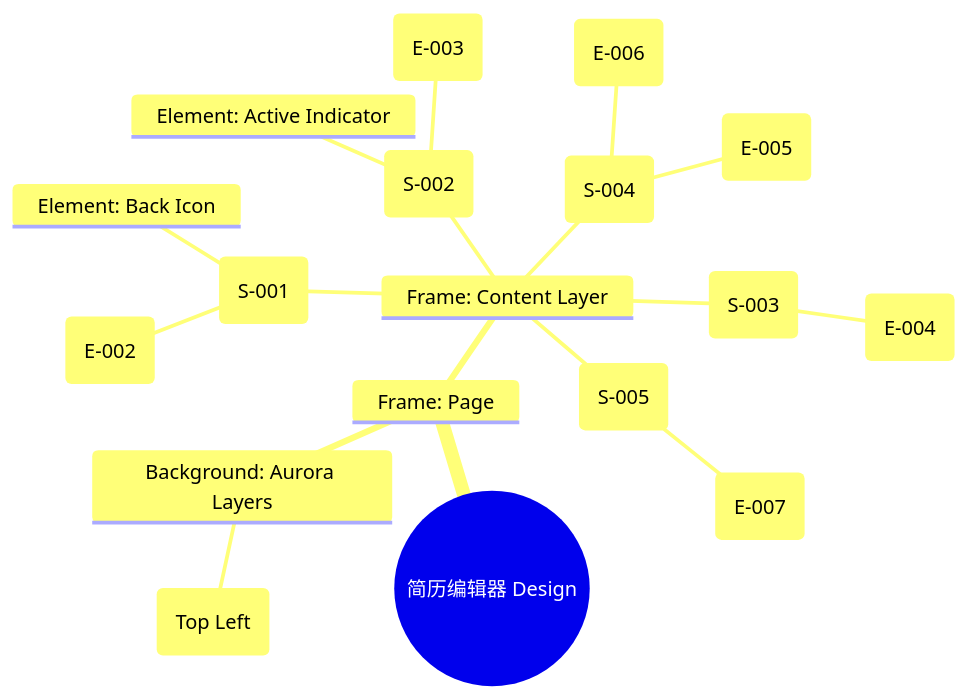
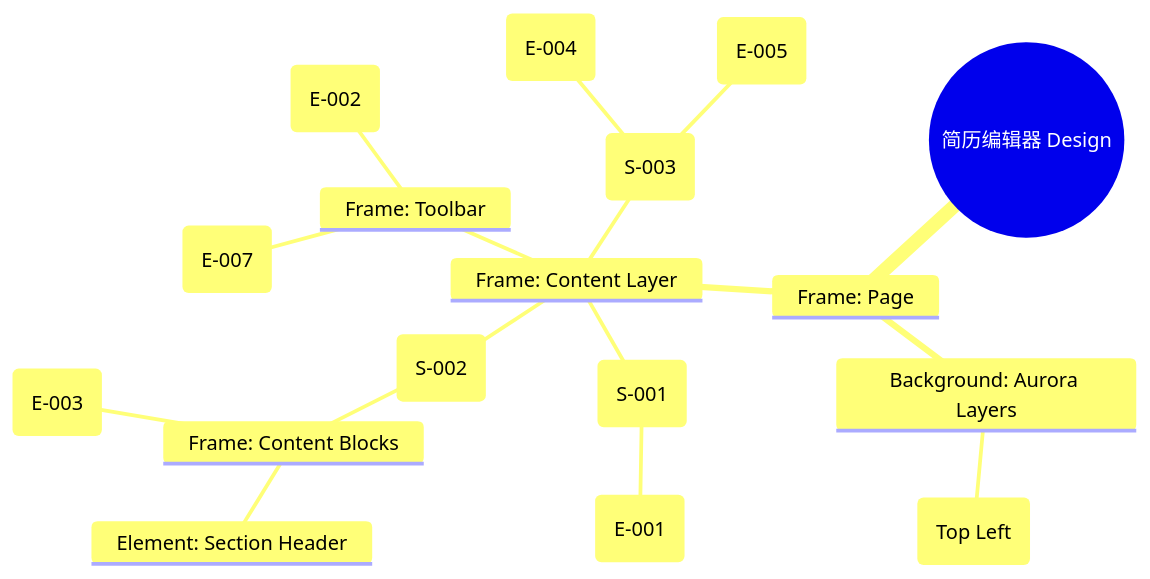
The diagram in product/release/design/060-editor.md (WangTW98/PM-Document-Skills), drawn with Mermaid before and after one commit. The commit also changed other lines of this file and 14 other files, not shown here.

````diff
--- a/product/release/design/060-editor.md
+++ b/product/release/design/060-editor.md
@@ -47,21 +46,20 @@
 ```mermaid
 mindmap
   root((简历编辑器 Design))
     Frame: Page
       Background: Aurora Layers
         Blob: Blue Glow (Top Left)
       Frame: Content Layer
-        Frame: Navigation (S-001)
-          Element: Back Icon
-          Element: Export Button (E-002)
-        Frame: Tab Bar (S-002)
-          Element: Tab Items (E-003)
-          Element: Active Indicator
-        Frame: Editor Panel (S-003)
-          Frame: Form Groups (E-004)
-        Frame: AI Assistant (S-004)
-          Element: Floating Orb (E-005)
-          Frame: Comparison Modal (E-006)
-        Frame: Status Bar (S-005)
-          Element: Sync Status (E-007)
+        Frame: Navigation Tab (S-001)
+          Element: Tab Item (E-001)
+        Frame: Editor Canvas (S-002)
+          Frame: Content Blocks
+            Element: Section Header
+            Element: Text Field (E-003)
+        Frame: AI Assistant (S-003)
+          Element: Floating Orb (E-004)
+          Element: Suggestion Overlay (E-005)
+        Frame: Toolbar
+          Element: Save Status (E-007)
+          Element: Next Step Button (E-002)
 ```
````
